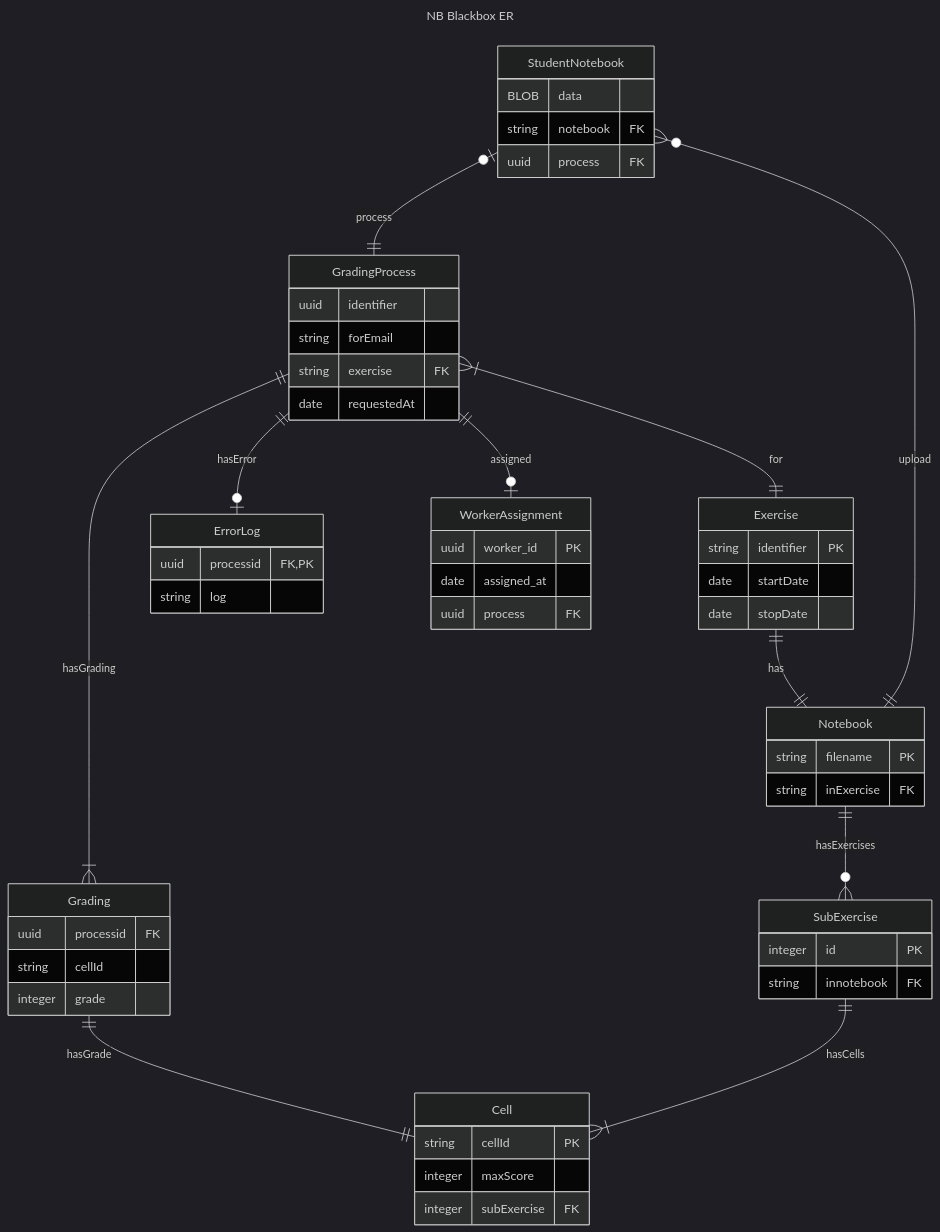
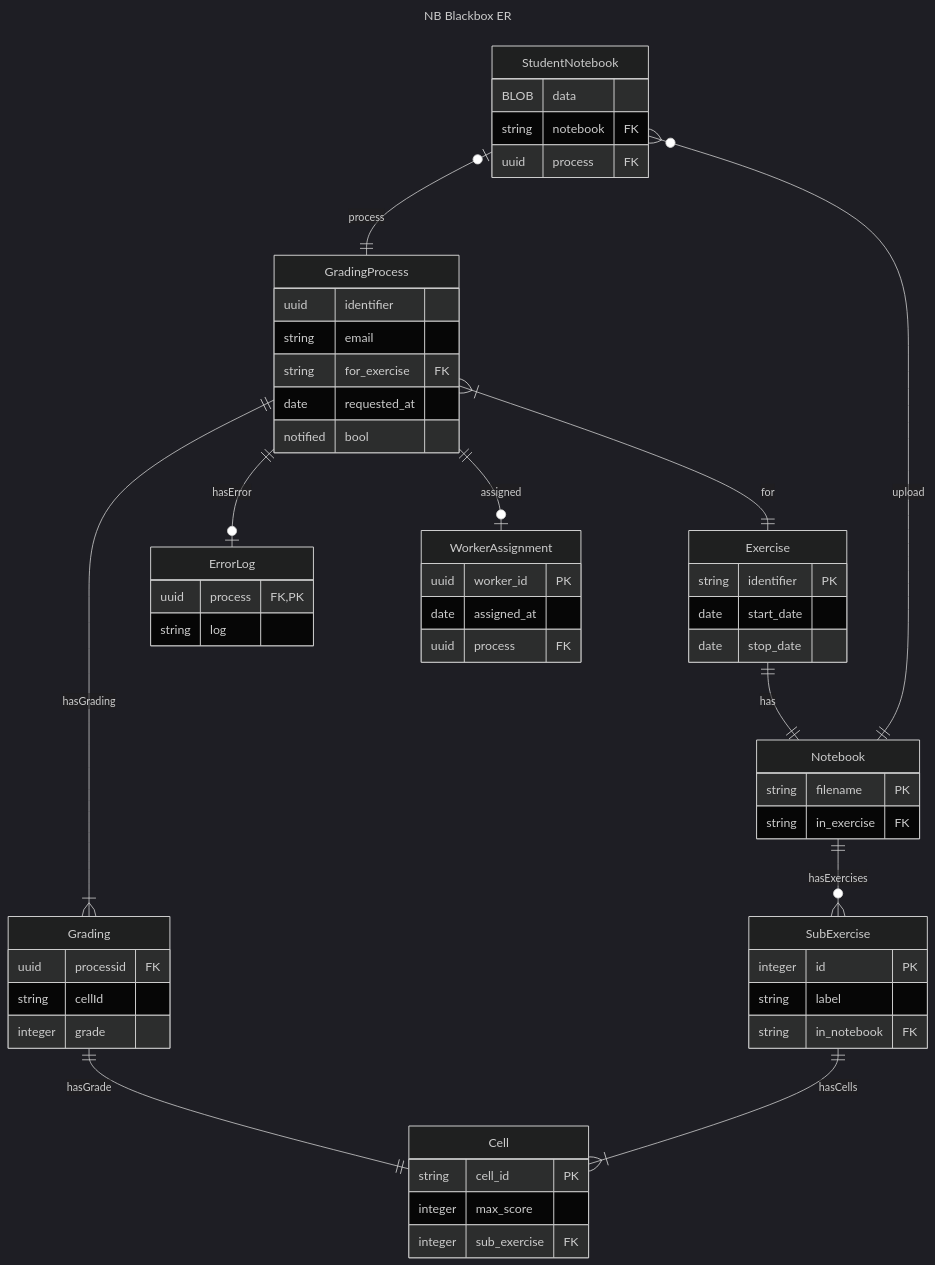
Before and after one commit to RWTH-DBIS/Ampelgrader: the diagram in datamodel.md, drawn with Mermaid (dark theme).

Commit message:
updated data model to adhere to model

````diff
--- a/datamodel.md
+++ b/datamodel.md
@@ -3,71 +3,73 @@
 ```mermaid
 ---
 title: NB Blackbox ER
 ---
 
 erDiagram
     Exercise {
         string identifier PK
-        date startDate
-        date stopDate
+        date start_date
+        date stop_date
     }
     Notebook {
         string filename PK
-        string inExercise FK
+        string in_exercise FK
     }
     
     SubExercise {
         integer id PK
-        string innotebook FK
+        string label
+        string in_notebook FK
     }
     
     Cell {
-        string cellId PK
-        integer maxScore
-        integer subExercise FK
+        string cell_id PK
+        integer max_score
+        integer sub_exercise FK
     }
     
     GradingProcess {
         uuid identifier
-        string forEmail
-        string exercise FK
-        date requestedAt
+        string email
+        string for_exercise FK
+        date requested_at
+        notified bool
     }
     
     Grading {
         uuid processid FK
         string cellId
         integer grade
     }
     
     ErrorLog {
-        uuid processid FK,PK
+        uuid process FK,PK
         string log
     }
     
     WorkerAssignment {
         uuid worker_id PK
         date assigned_at
         uuid process FK
     }
     
     StudentNotebook {
         BLOB data
         string notebook FK
         uuid process FK
     }
         
     Exercise ||--|| Notebook: has
     GradingProcess }|--|| Exercise: for
     GradingProcess ||--|{ Grading: hasGrading
     GradingProcess ||--o| ErrorLog: hasError
     
     Grading ||--|| Cell: hasGrade
 
     Notebook ||--o{ SubExercise: hasExercises
     SubExercise ||--|{ Cell: hasCells
 
     GradingProcess ||--o| WorkerAssignment: assigned
     StudentNotebook }o--|| Notebook: upload
     StudentNotebook |o--|| GradingProcess: process
 ```
````
